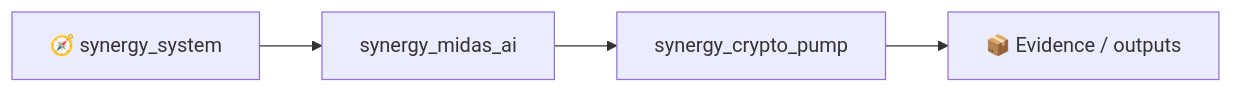
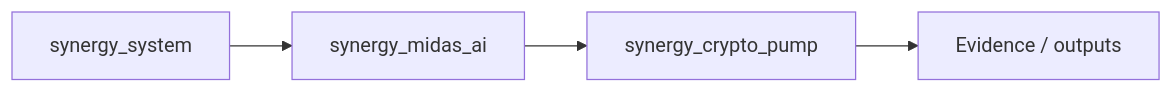
One commit to Shtenco/synergy_crypto_pump changed the first of 2 diagrams in README.md. Above: the diagram before and after it, drawn with Mermaid. The commit also changed other lines of this file, not shown here.

````diff
--- a/README.md
+++ b/README.md
@@ -188,6 +188,6 @@
 ```mermaid
 flowchart LR
-    SYS[🧭 synergy_system] --> P[synergy_midas_ai]
+    SYS[ synergy_system] --> P[synergy_midas_ai]
     P --> THIS[synergy_crypto_pump]
-    THIS --> E[📦 Evidence / outputs]
+    THIS --> E[ Evidence / outputs]
 ```
````
